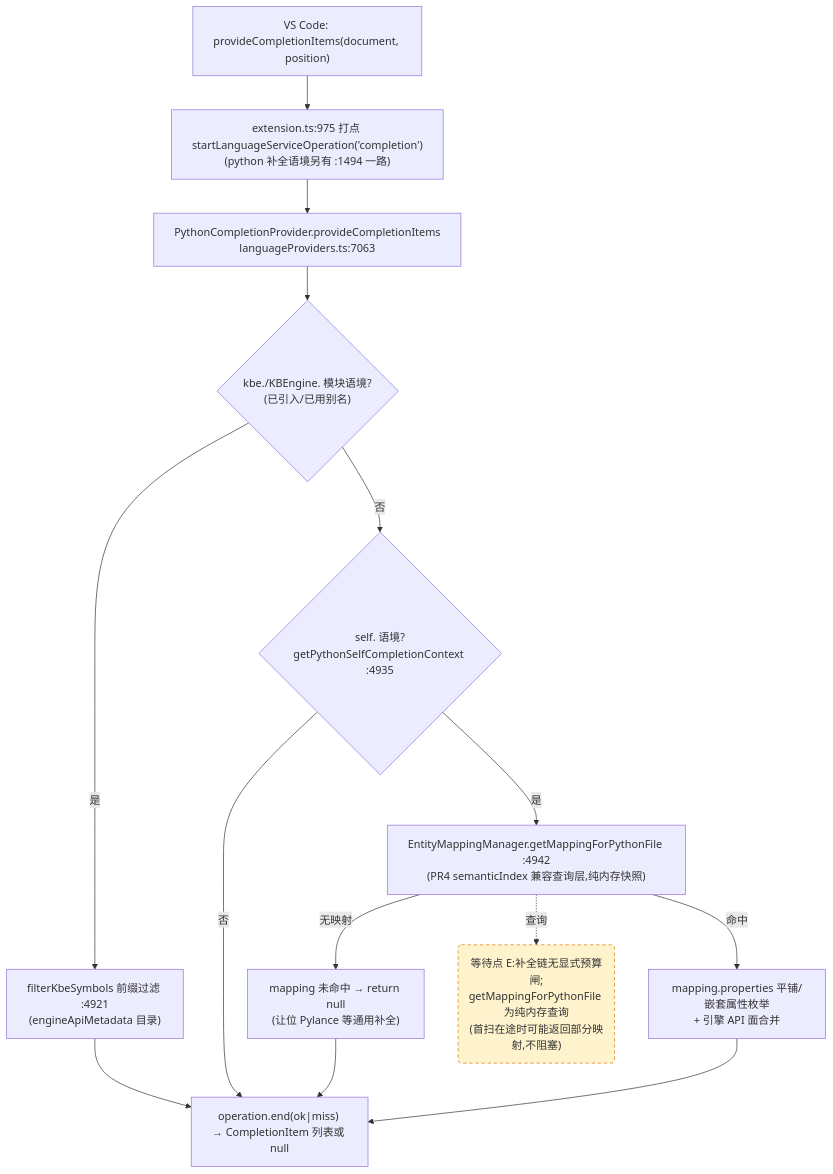
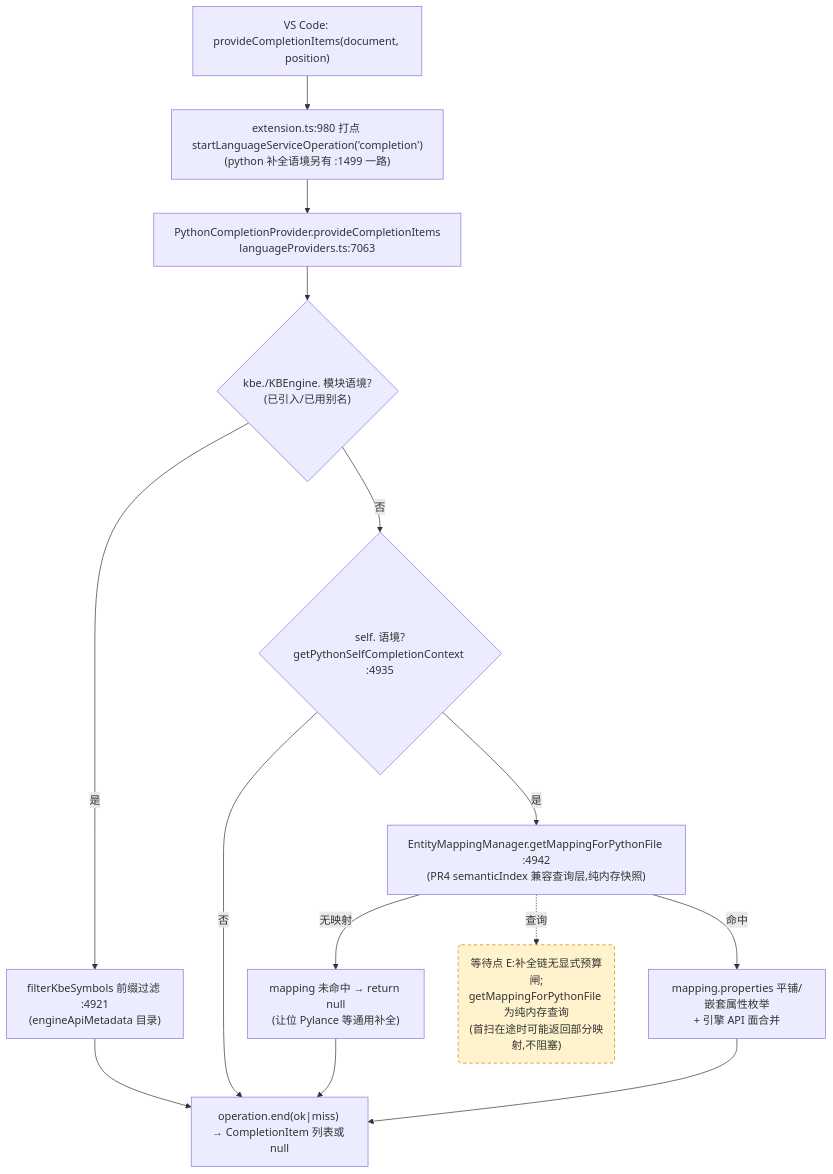
Before and after one commit to cuihairu/kode: the third of 4 diagrams in docs/perf/2026-baseline.md, drawn with Mermaid. The commit also changed other lines of this file and 4 other files, not shown here.

````diff
--- a/docs/perf/2026-baseline.md
+++ b/docs/perf/2026-baseline.md
@@ -184,27 +184,27 @@
 ```mermaid
 flowchart TD
   VC3["VS Code: provideCompletionItems(document, position)"]
-  M3["extension.ts:975 打点 startLanguageServiceOperation('completion')<br/>(python 补全语境另有 :1494 一路)"]
+  M3["extension.ts:980 打点 startLanguageServiceOperation('completion')<br/>(python 补全语境另有 :1499 一路)"]
   CP["PythonCompletionProvider.provideCompletionItems<br/>languageProviders.ts:7063"]
   KBEC{"kbe./KBEngine. 模块语境?<br/>(已引入/已用别名)"}
   FILTER["filterKbeSymbols 前缀过滤 :4921<br/>(engineApiMetadata 目录)"]
   SELFC{"self. 语境?<br/>getPythonSelfCompletionContext :4935"}
   MAP["EntityMappingManager.getMappingForPythonFile :4942<br/>(PR4 semanticIndex 兼容查询层,纯内存快照)"]
   NOMAP["mapping 未命中 → return null<br/>(让位 Pylance 等通用补全)"]
   PROPS["mapping.properties 平铺/嵌套属性枚举<br/>+ 引擎 API 面合并"]
   END3["operation.end(ok|miss) → CompletionItem 列表或 null"]
 
   VC3 --> M3 --> CP --> KBEC
   KBEC -- "是" --> FILTER --> END3
   KBEC -- "否" --> SELFC
   SELFC -- "否" --> END3
   SELFC -- "是" --> MAP
   MAP -- "无映射" --> NOMAP --> END3
   MAP -- "命中" --> PROPS --> END3
 
   WAITE("等待点 E:补全链无显式预算闸;<br/>getMappingForPythonFile 为纯内存查询<br/>(首扫在途时可能返回部分映射,不阻塞)")
   MAP -.->|查询| WAITE
 
   classDef waitPoint fill:#fff3cd,stroke:#d97706,stroke-dasharray:5 4;
   class WAITE waitPoint;
 ```
````
